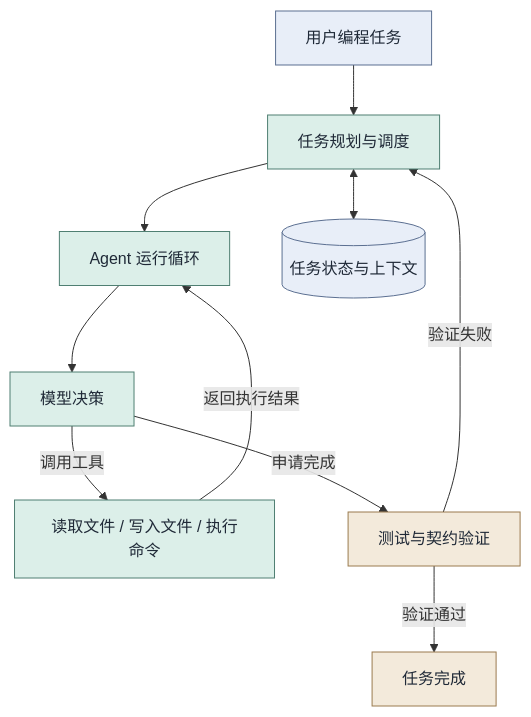
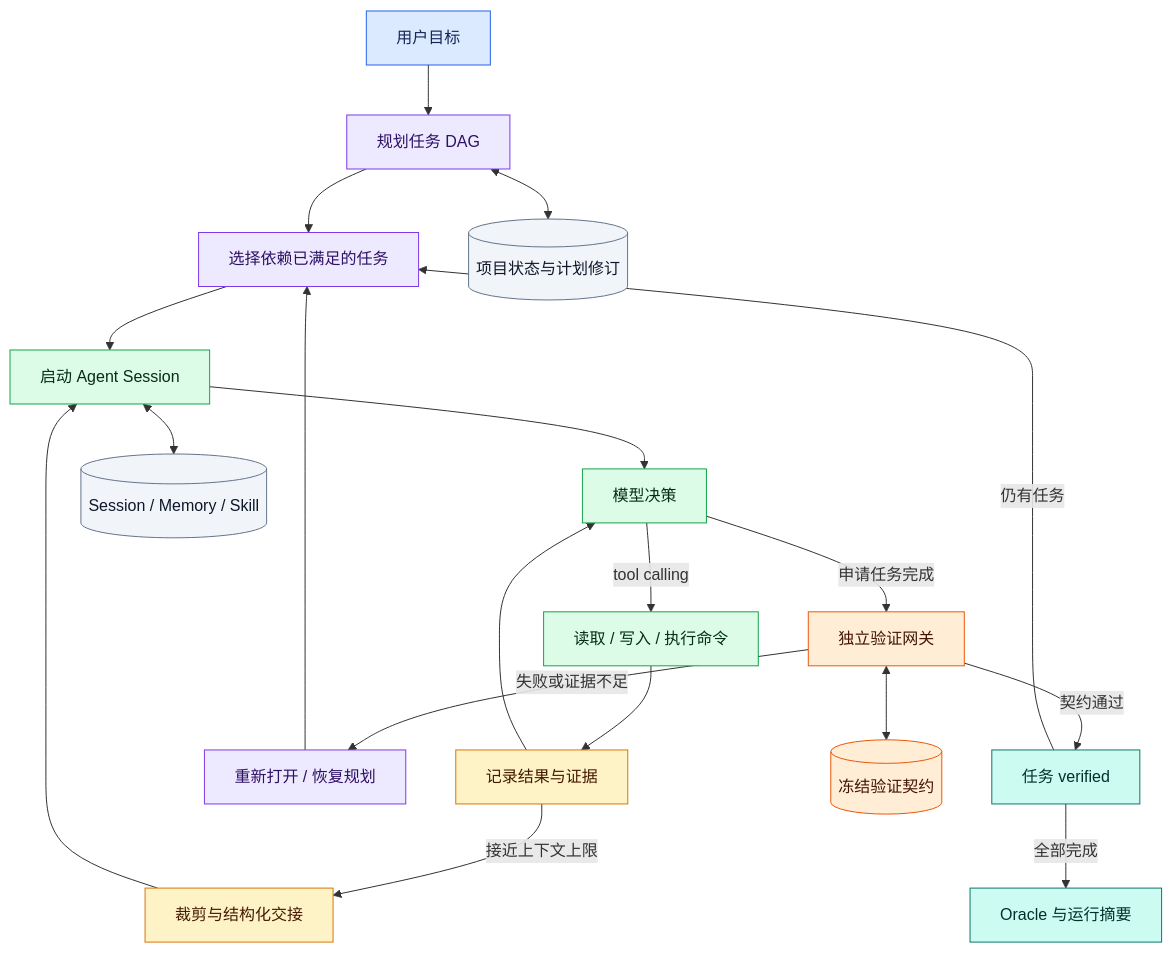
Before and after one commit to Flipped-cloud/Long-Running-Coding-Agent: the diagram in README.md, drawn with Mermaid. The commit also changed other lines of this file and 5 other files, not shown here.

````diff
--- a/README.md
+++ b/README.md
@@ -15,19 +31,38 @@
 ```mermaid
 flowchart TD
-    U[用户编程任务] --> P[任务规划与调度]
-    P --> L[Agent 运行循环]
-    L --> M[模型决策]
-    M -->|调用工具| T[读取文件 / 写入文件 / 执行命令]
-    T -->|返回执行结果| L
-    M -->|申请完成| V[测试与契约验证]
-    V -->|验证通过| F[任务完成]
-    V -->|验证失败| P
-    P <--> D[(任务状态与上下文)]
+    U[用户目标] --> P[规划任务 DAG]
+    P --> S[选择依赖已满足的任务]
+    S --> A[启动 Agent Session]
+    A --> M[模型决策]
+    M -->|tool calling| T[读取 / 写入 / 执行命令]
+    T --> E[记录结果与证据]
+    E --> M
+    E -->|接近上下文上限| H[裁剪与结构化交接]
+    H --> A
+    M -->|申请任务完成| V[独立验证网关]
+    V -->|失败或证据不足| R[重新打开 / 恢复规划]
+    R --> S
+    V -->|契约通过| D[任务 verified]
+    D -->|仍有任务| S
+    D -->|全部完成| O[Oracle 与运行摘要]
 
-    classDef entry fill:#e8eef8,stroke:#5b6f91,color:#1f2937;
-    classDef core fill:#dcefe9,stroke:#4f7f72,color:#1f2937;
-    classDef verify fill:#f3eadb,stroke:#9a7b4f,color:#1f2937;
-    class U,D entry;
-    class P,L,M,T core;
-    class V,F verify;
+    P <--> DB[(项目状态与计划修订)]
+    A <--> K[(Session / Memory / Skill)]
+    V <--> C[(冻结验证契约)]
+
+    classDef entry fill:#dbeafe,stroke:#2563eb,color:#172554;
+    classDef planning fill:#ede9fe,stroke:#7c3aed,color:#2e1065;
+    classDef execution fill:#dcfce7,stroke:#16a34a,color:#052e16;
+    classDef evidence fill:#fef3c7,stroke:#d97706,color:#451a03;
+    classDef verification fill:#ffedd5,stroke:#ea580c,color:#431407;
+    classDef success fill:#ccfbf1,stroke:#0f766e,color:#042f2e;
+    classDef storage fill:#f1f5f9,stroke:#64748b,color:#0f172a;
+
+    class U entry;
+    class P,S,R planning;
+    class A,M,T execution;
+    class E,H evidence;
+    class V,C verification;
+    class D,O success;
+    class DB,K storage;
 ```
````
